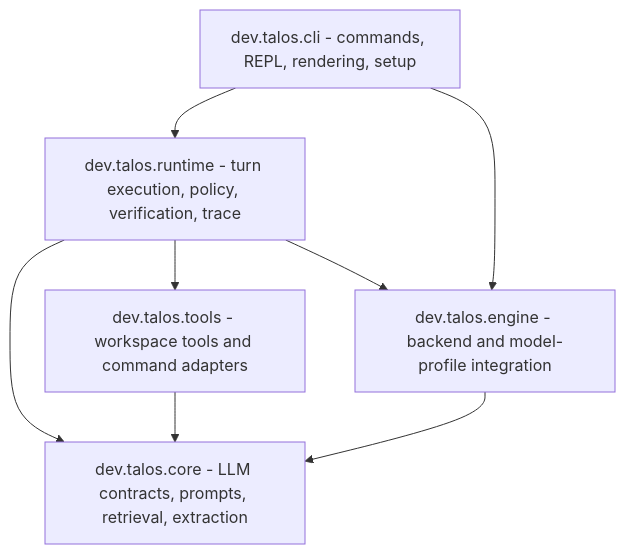
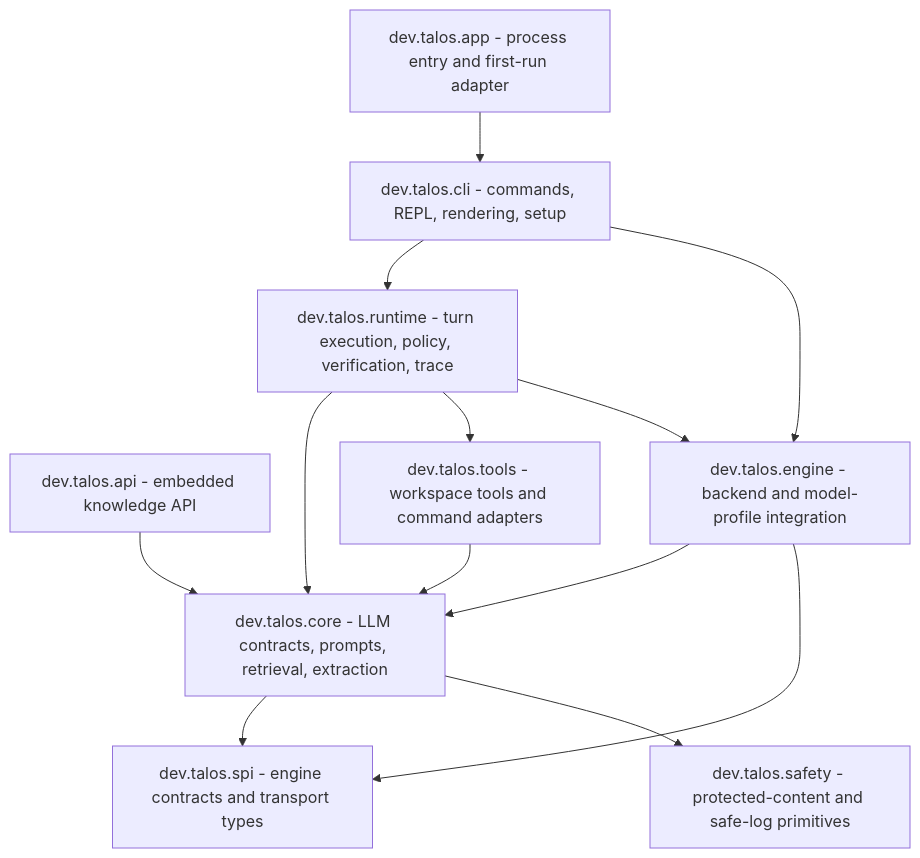
The first of 2 diagrams in docs/architecture/package-map.md (ai21z/talos-assistant), drawn with Mermaid before and after one commit. The commit also changed other lines of this file and 206 other files, not shown here.

````diff
--- a/docs/architecture/package-map.md
+++ b/docs/architecture/package-map.md
@@ -5,16 +5,25 @@
 ```mermaid
 flowchart TB
+    App["dev.talos.app - process entry and first-run adapter"]
+    API["dev.talos.api - embedded knowledge API"]
     CLI["dev.talos.cli - commands, REPL, rendering, setup"]
     Core["dev.talos.core - LLM contracts, prompts, retrieval, extraction"]
     Runtime["dev.talos.runtime - turn execution, policy, verification, trace"]
     Tools["dev.talos.tools - workspace tools and command adapters"]
     Engine["dev.talos.engine - backend and model-profile integration"]
+    SPI["dev.talos.spi - engine contracts and transport types"]
+    Safety["dev.talos.safety - protected-content and safe-log primitives"]
 
+    App --> CLI
+    API --> Core
     CLI --> Runtime
     CLI --> Engine
     Runtime --> Core
     Runtime --> Tools
     Runtime --> Engine
     Tools --> Core
     Engine --> Core
+    Engine --> SPI
+    Core --> SPI
+    Core --> Safety
 ```
````
